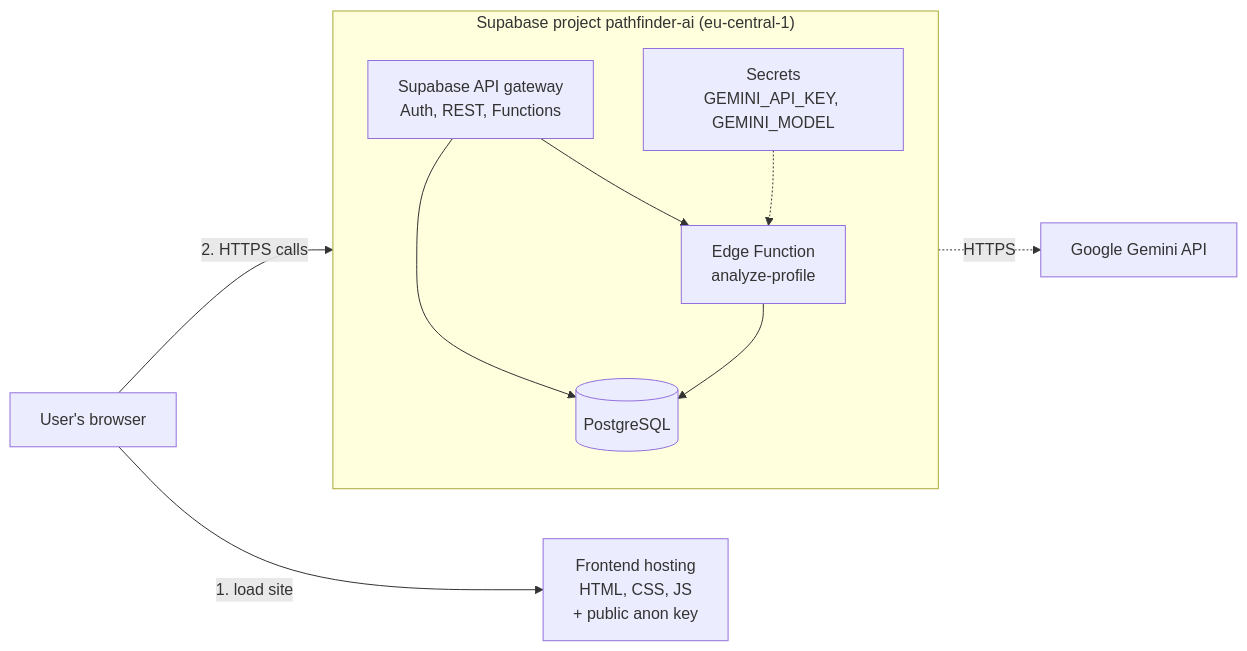
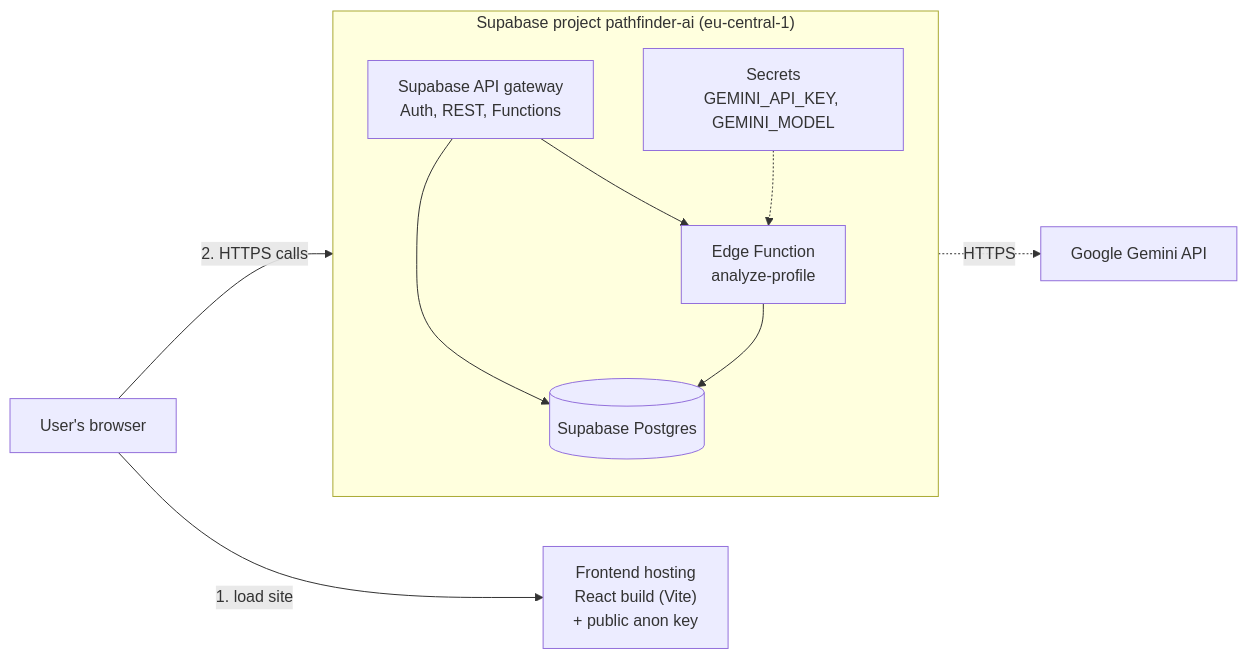
Before and after one commit to nooraldeny3-svg/pathfinder-backend: the diagram in docs/diagrams/07-deployment.mmd, drawn with Mermaid. The commit also changed 12 other files, not shown here.

Commit message:
docs: architecture v1.1 - React + Supabase + Gemini

```diff
--- a/docs/diagrams/07-deployment.mmd
+++ b/docs/diagrams/07-deployment.mmd
@@ -1,19 +1,19 @@
 flowchart LR
     browser["User's browser"]
-    site["Frontend hosting<br/>HTML, CSS, JS<br/>+ public anon key"]
+    site["Frontend hosting<br/>React build (Vite)<br/>+ public anon key"]
     subgraph Supa["Supabase project pathfinder-ai (eu-central-1)"]
         direction TB
         api["Supabase API gateway<br/>Auth, REST, Functions"]
         fn["Edge Function<br/>analyze-profile"]
         sec["Secrets<br/>GEMINI_API_KEY, GEMINI_MODEL"]
-        pg[("PostgreSQL")]
+        pg[("Supabase Postgres")]
         api --> fn
         api --> pg
         sec -.-> fn
         fn --> pg
     end
     google["Google Gemini API"]
 
     browser -- "1. load site" --> site
     browser -- "2. HTTPS calls" --> api
     fn -. "HTTPS" .-> google
```
